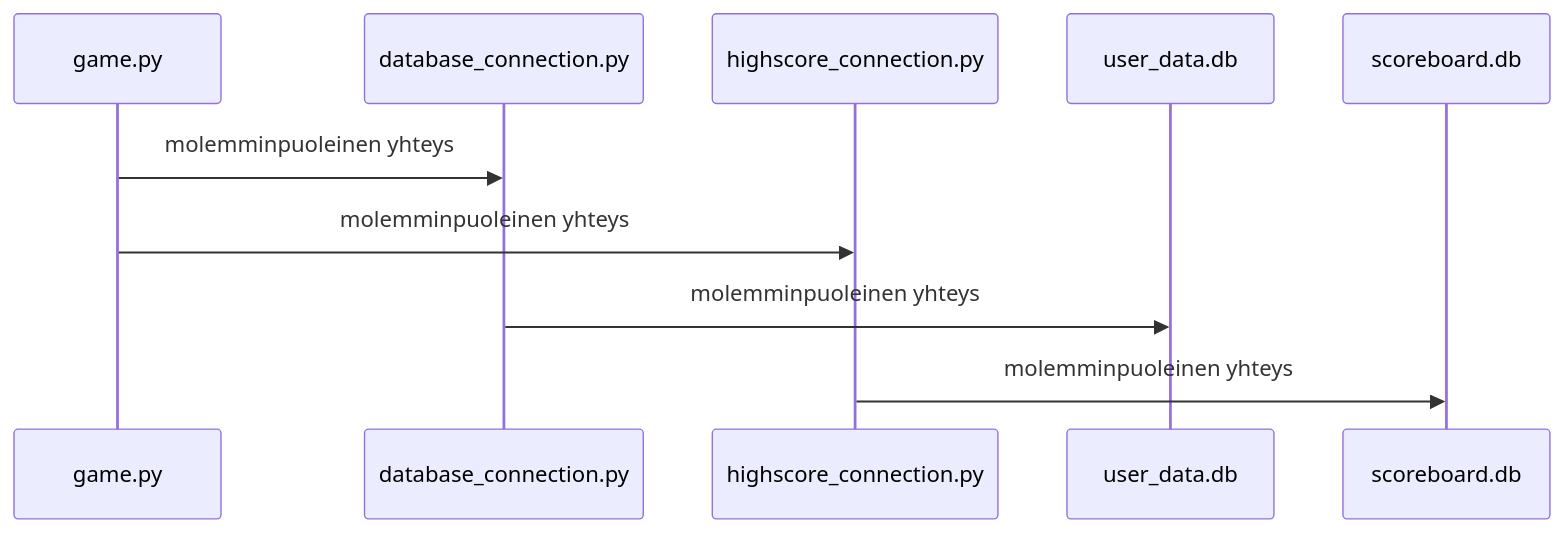
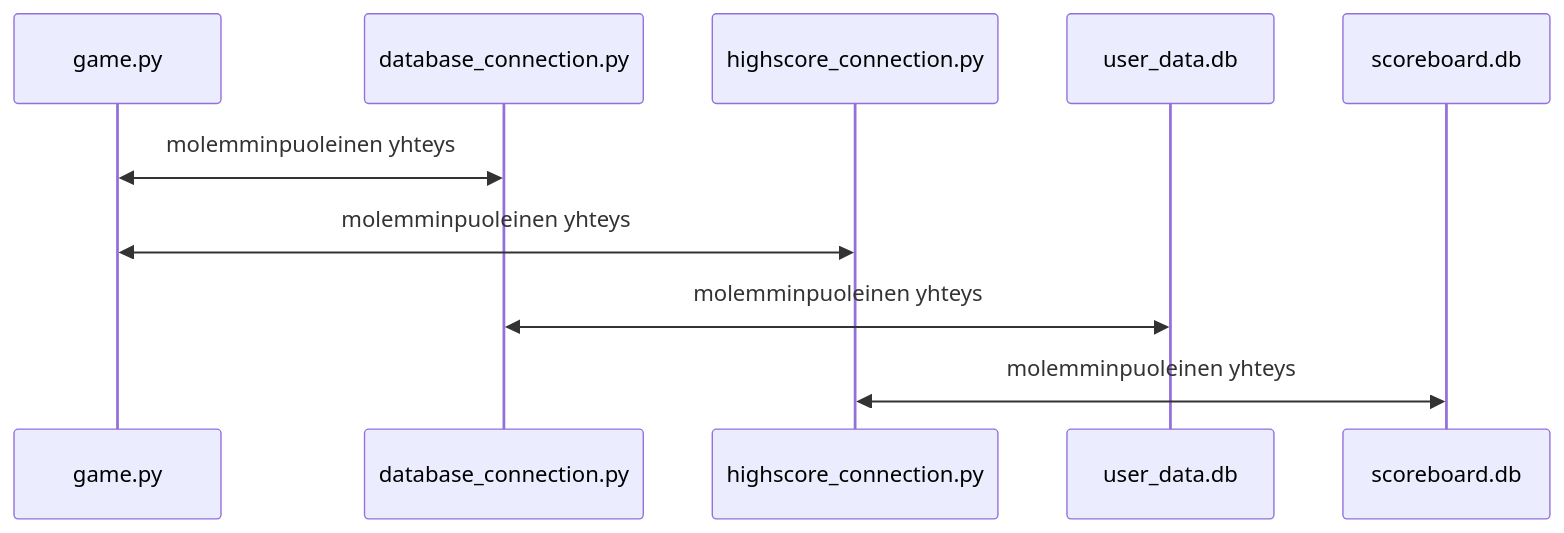
The second of 2 diagrams in dokumentaatio/Arkkitehtuuri.md (Fapacus/ot-harjoitustyo), drawn with Mermaid before and after one commit.

Commit message:
arkkitehtuuriia

````diff
--- a/dokumentaatio/Arkkitehtuuri.md
+++ b/dokumentaatio/Arkkitehtuuri.md
@@ -17,13 +17,13 @@
 ```mermaid
 sequenceDiagram
     participant game.py
     participant database_connection.py
     participant highscore_connection.py
     participant user_data.db
     participant scoreboard.db
 
-    game.py->>database_connection.py: molemminpuoleinen yhteys
-    game.py->>highscore_connection.py: molemminpuoleinen yhteys
-    database_connection.py->>user_data.db: molemminpuoleinen yhteys
-    highscore_connection.py->>scoreboard.db: molemminpuoleinen yhteys
+    game.py<<->>database_connection.py: molemminpuoleinen yhteys
+    game.py<<->>highscore_connection.py: molemminpuoleinen yhteys
+    database_connection.py<<->>user_data.db: molemminpuoleinen yhteys
+    highscore_connection.py<<->>scoreboard.db: molemminpuoleinen yhteys
 ```
````
